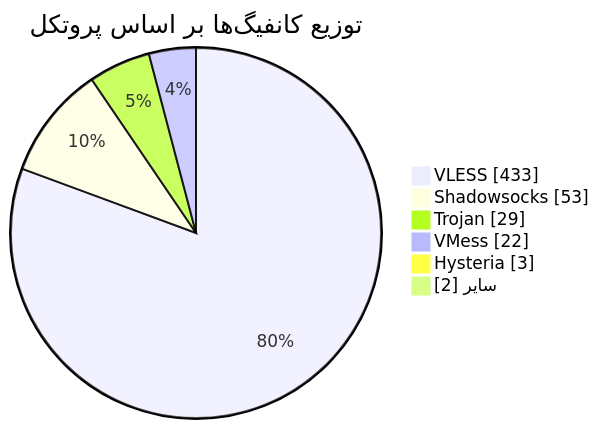
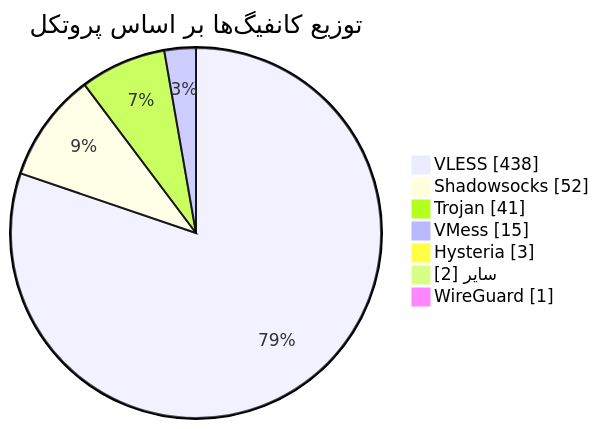
One commit to Arian-Alijani/Somthing changed the diagram in README.md. Above: the diagram before and after it, drawn with Mermaid. The commit also changed other lines of this file and 81 other files, not shown here.

````diff
--- a/README.md
+++ b/README.md
@@ -48,10 +49,11 @@
 ```mermaid
 pie showData
     title توزیع کانفیگ‌ها بر اساس پروتکل
-    "VLESS" : 433
-    "Shadowsocks" : 53
-    "Trojan" : 29
-    "VMess" : 22
+    "VLESS" : 438
+    "Shadowsocks" : 52
+    "Trojan" : 41
+    "VMess" : 15
     "Hysteria" : 3
     "سایر" : 2
+    "WireGuard" : 1
 ```
````
